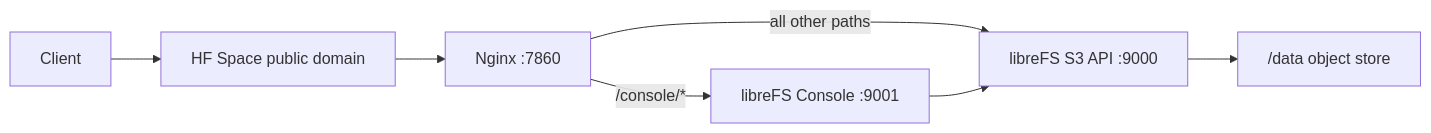
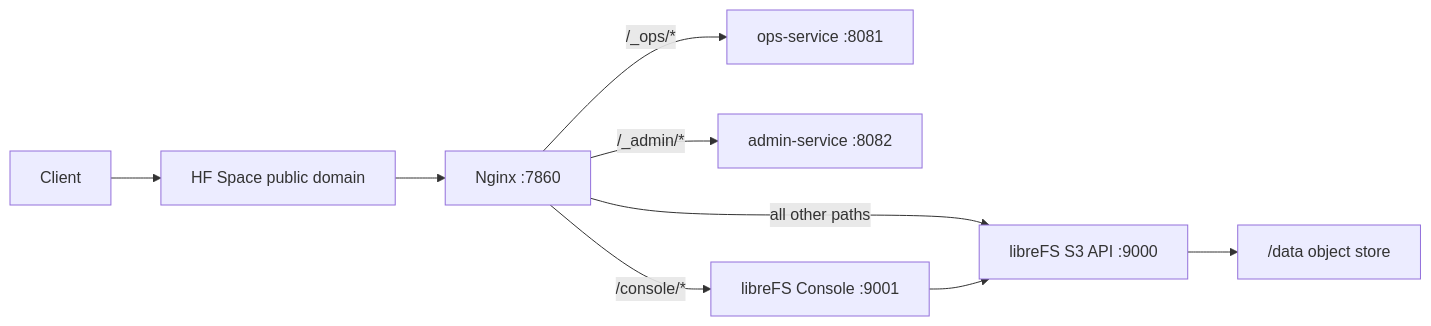
Before and after one commit to BlueSkyXN/libreFS-HFS: the second of 2 diagrams in docs/architecture.md, drawn with Mermaid. The commit also changed other lines of this file and 17 other files, not shown here.

Commit message:
feat(hfs): add ops and disabled admin surfaces

````diff
--- a/docs/architecture.md
+++ b/docs/architecture.md
@@ -58,9 +62,11 @@
 ```mermaid
 flowchart LR
   U["Client"] --> HF["HF Space public domain"]
   HF --> N["Nginx :7860"]
+  N -->|/_ops/*| O["ops-service :8081"]
+  N -->|/_admin/*| A["admin-service :8082"]
   N -->|/console/*| C["libreFS Console :9001"]
   N -->|all other paths| S["libreFS S3 API :9000"]
   S --> D["/data object store"]
   C --> S
 ```
````
